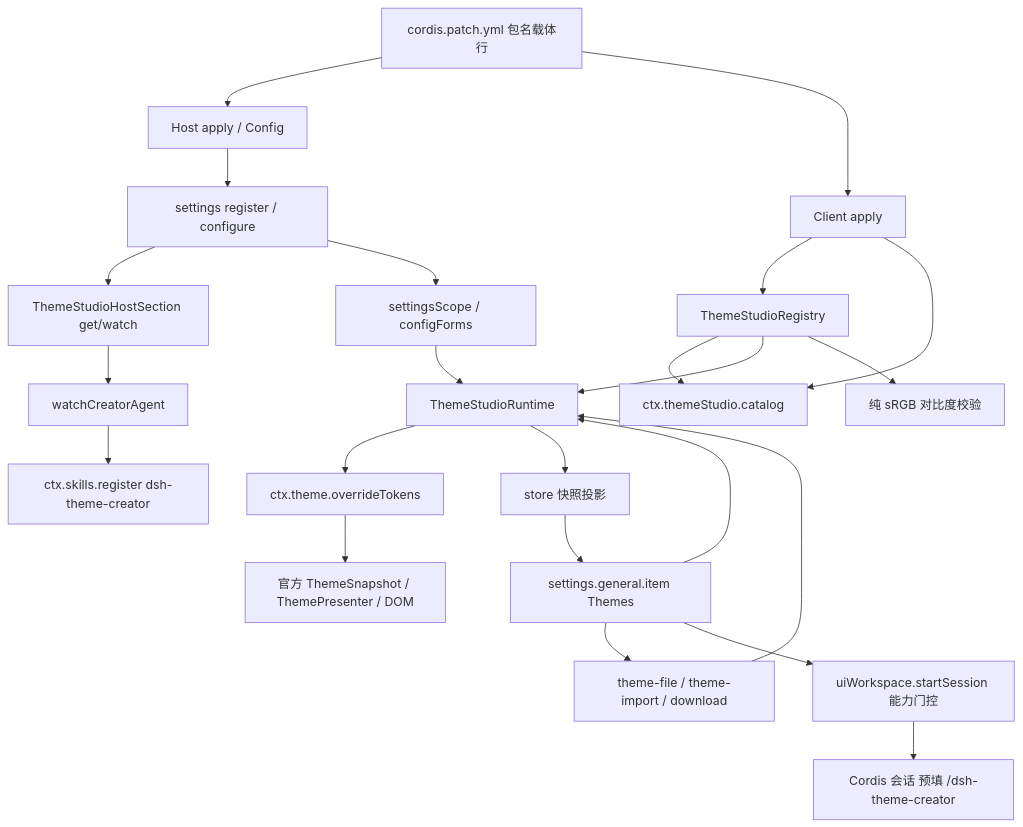
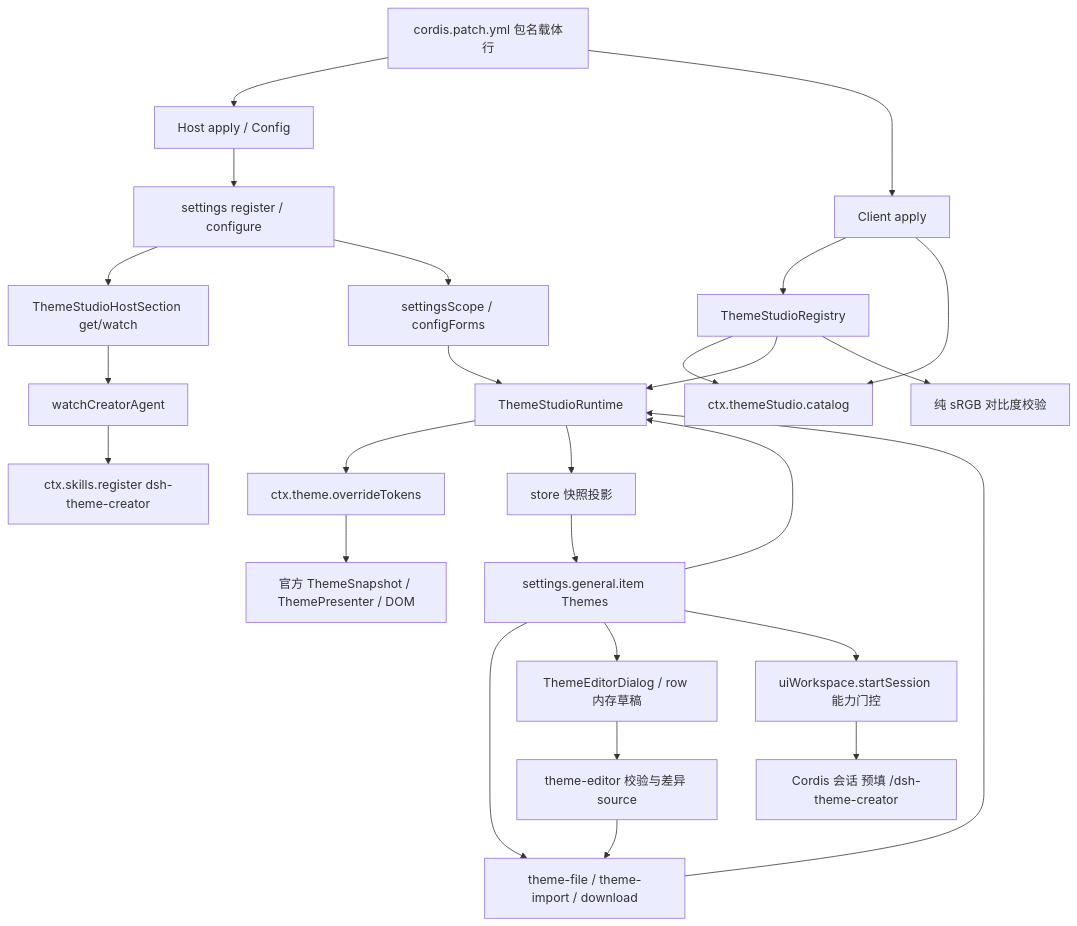
The diagram in docs/architecture/theme-studio.md (cherrchen/dsh-theme-studio), drawn with Mermaid before and after one commit. The commit also changed other lines of this file and 16 other files, not shown here.

````diff
--- a/docs/architecture/theme-studio.md
+++ b/docs/architecture/theme-studio.md
@@ -13,25 +13,28 @@
 ```mermaid
 flowchart TD
   Profile[cordis.patch.yml 包名载体行] --> Host[Host apply / Config]
   Profile --> Client[Client apply]
   Host --> Settings[settings register / configure]
   Settings --> Section[ThemeStudioHostSection get/watch]
   Section --> CreatorW[watchCreatorAgent]
   CreatorW --> Skills[ctx.skills.register dsh-theme-creator]
   Settings --> Transport[settingsScope / configForms]
   Client --> Catalog[ThemeStudioRegistry]
   Client --> Service[ctx.themeStudio.catalog]
   Catalog --> Service
   Catalog --> Runtime[ThemeStudioRuntime]
   Transport --> Runtime
   Runtime --> Theme[ctx.theme.overrideTokens]
   Theme --> Presenter[官方 ThemeSnapshot / ThemePresenter / DOM]
   Runtime --> Store[store 快照投影]
   Store --> Row[settings.general.item Themes]
   Row --> Runtime
   Catalog --> Contrast[纯 sRGB 对比度校验]
   Row --> FileIO[theme-file / theme-import / download]
   FileIO --> Runtime
+  Row --> Editor[ThemeEditorDialog / row 内存草稿]
+  Editor --> Model[theme-editor 校验与差异 source]
+  Model --> FileIO
   Row --> UW[uiWorkspace.startSession 能力门控]
   UW --> Session[Cordis 会话 预填 /dsh-theme-creator]
 ```
````
